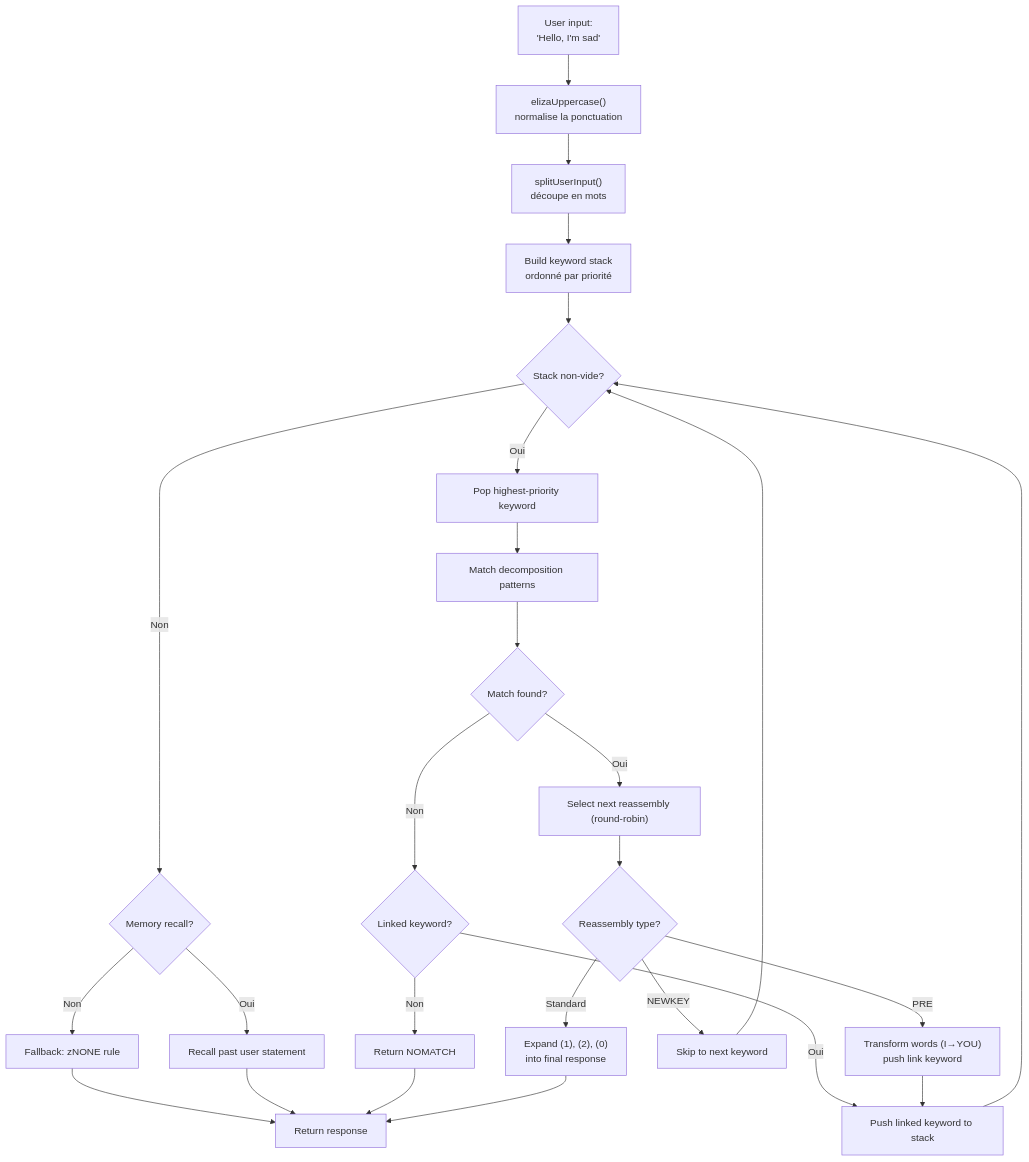
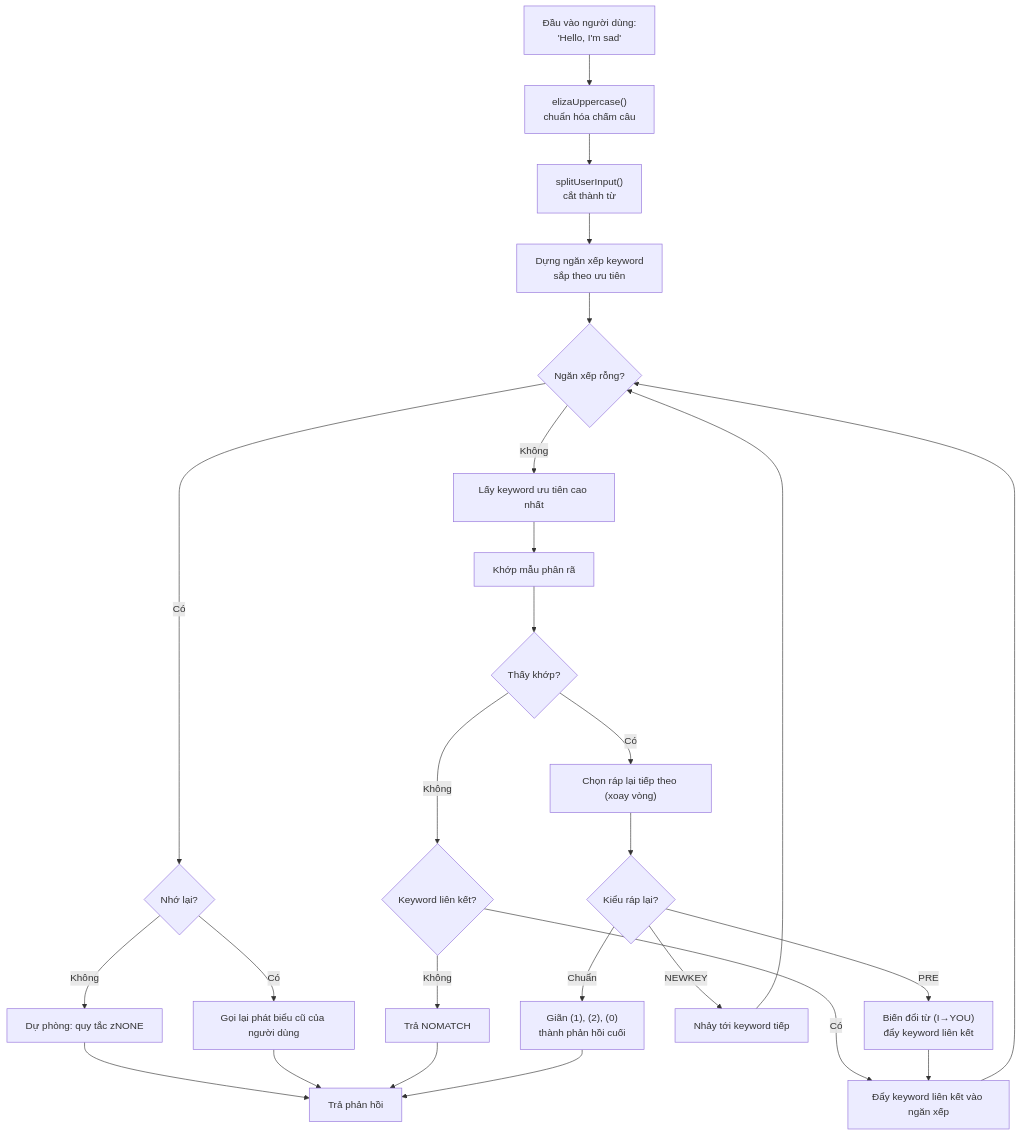
One commit to fox3000foxy/fox3000foxy.github.io changed the first of 2 diagrams in public/articles/vi/from-eliza-to-llm-chatbots-typescript.md. Above: the diagram before and after it, drawn with Mermaid. The commit also changed other lines of this file and 576 other files, not shown here.

````diff
--- a/public/articles/vi/from-eliza-to-llm-chatbots-typescript.md
+++ b/public/articles/vi/from-eliza-to-llm-chatbots-typescript.md
@@ -93,28 +92,28 @@
 ```mermaid
 flowchart TD
-    A["User input:<br>'Hello, I'm sad'"] --> B["elizaUppercase()<br>normalise la ponctuation"]
-    B --> C["splitUserInput()<br>découpe en mots"]
-    C --> D["Build keyword stack<br>ordonné par priorité"]
-    D --> E{"Stack non-vide?"}
-    E -->|"Oui"| F["Pop highest-priority keyword"]
-    E -->|"Non"| G{"Memory recall?"}
-    G -->|"Oui"| H["Recall past user statement"]
-    G -->|"Non"| I["Fallback: zNONE rule"]
-    I --> J["Return response"]
+    A["Đầu vào người dùng:<br>'Hello, I'm sad'"] --> B["elizaUppercase()<br>chuẩn hóa chấm câu"]
+    B --> C["splitUserInput()<br>cắt thành từ"]
+    C --> D["Dựng ngăn xếp keyword<br>sắp theo ưu tiên"]
+    D --> E{"Ngăn xếp rỗng?"}
+    E -->|"Không"| F["Lấy keyword ưu tiên cao nhất"]
+    E -->|"Có"| G{"Nhớ lại?"}
+    G -->|"Có"| H["Gọi lại phát biểu cũ của người dùng"]
+    G -->|"Không"| I["Dự phòng: quy tắc zNONE"]
+    I --> J["Trả phản hồi"]
     H --> J
-    F --> K["Match decomposition patterns"]
-    K --> L{"Match found?"}
-    L -->|"Non"| M{"Linked keyword?"}
-    M -->|"Oui"| N["Push linked keyword to stack"]
+    F --> K["Khớp mẫu phân rã"]
+    K --> L{"Thấy khớp?"}
+    L -->|"Không"| M{"Keyword liên kết?"}
+    M -->|"Có"| N["Đẩy keyword liên kết vào ngăn xếp"]
     N --> E
-    M -->|"Non"| O["Return NOMATCH"]
+    M -->|"Không"| O["Trả NOMATCH"]
     O --> J
-    L -->|"Oui"| P["Select next reassembly (round-robin)"]
-    P --> Q{"Reassembly type?"}
-    Q -->|"PRE"| R["Transform words (I→YOU)<br>push link keyword"]
+    L -->|"Có"| P["Chọn ráp lại tiếp theo (xoay vòng)"]
+    P --> Q{"Kiểu ráp lại?"}
+    Q -->|"PRE"| R["Biến đổi từ (I→YOU)<br>đẩy keyword liên kết"]
     R --> N
-    Q -->|"NEWKEY"| S["Skip to next keyword"]
+    Q -->|"NEWKEY"| S["Nhảy tới keyword tiếp"]
     S --> E
-    Q -->|"Standard"| T["Expand (1), (2), (0)<br>into final response"]
+    Q -->|"Chuẩn"| T["Giãn (1), (2), (0)<br>thành phản hồi cuối"]
     T --> J
 ```
````
